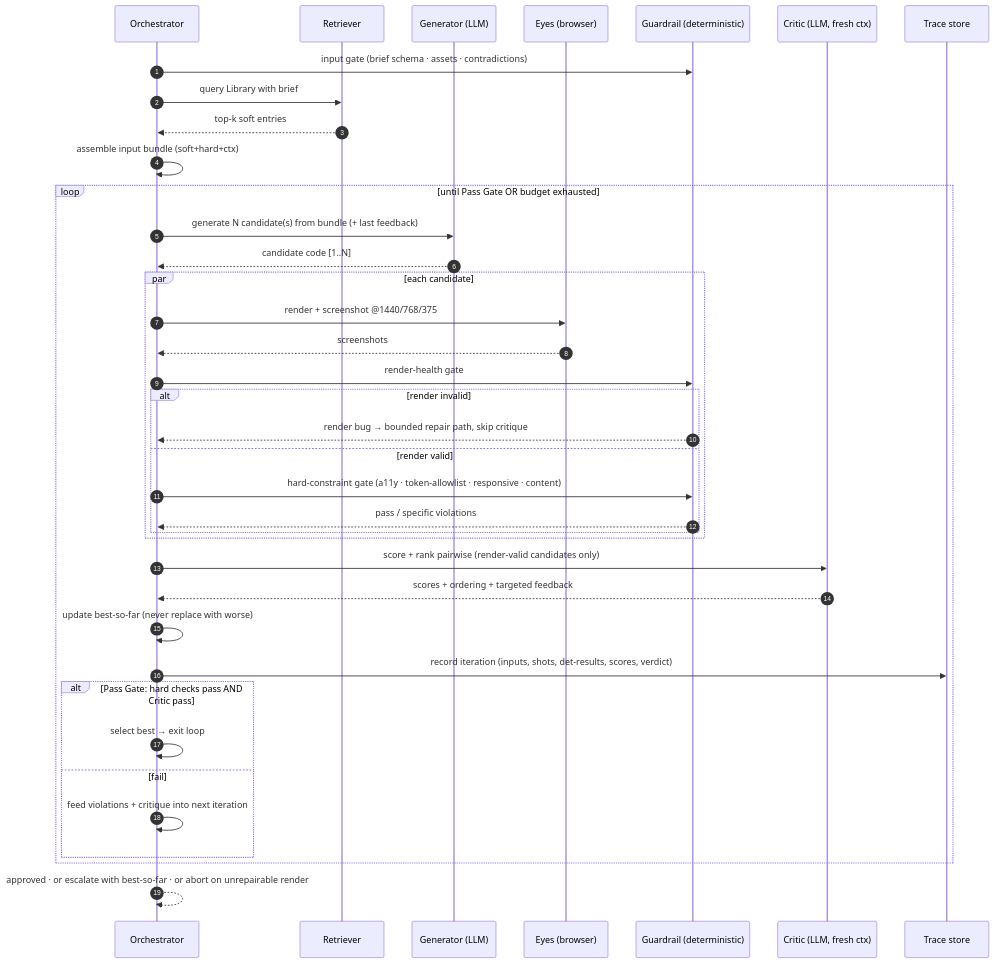
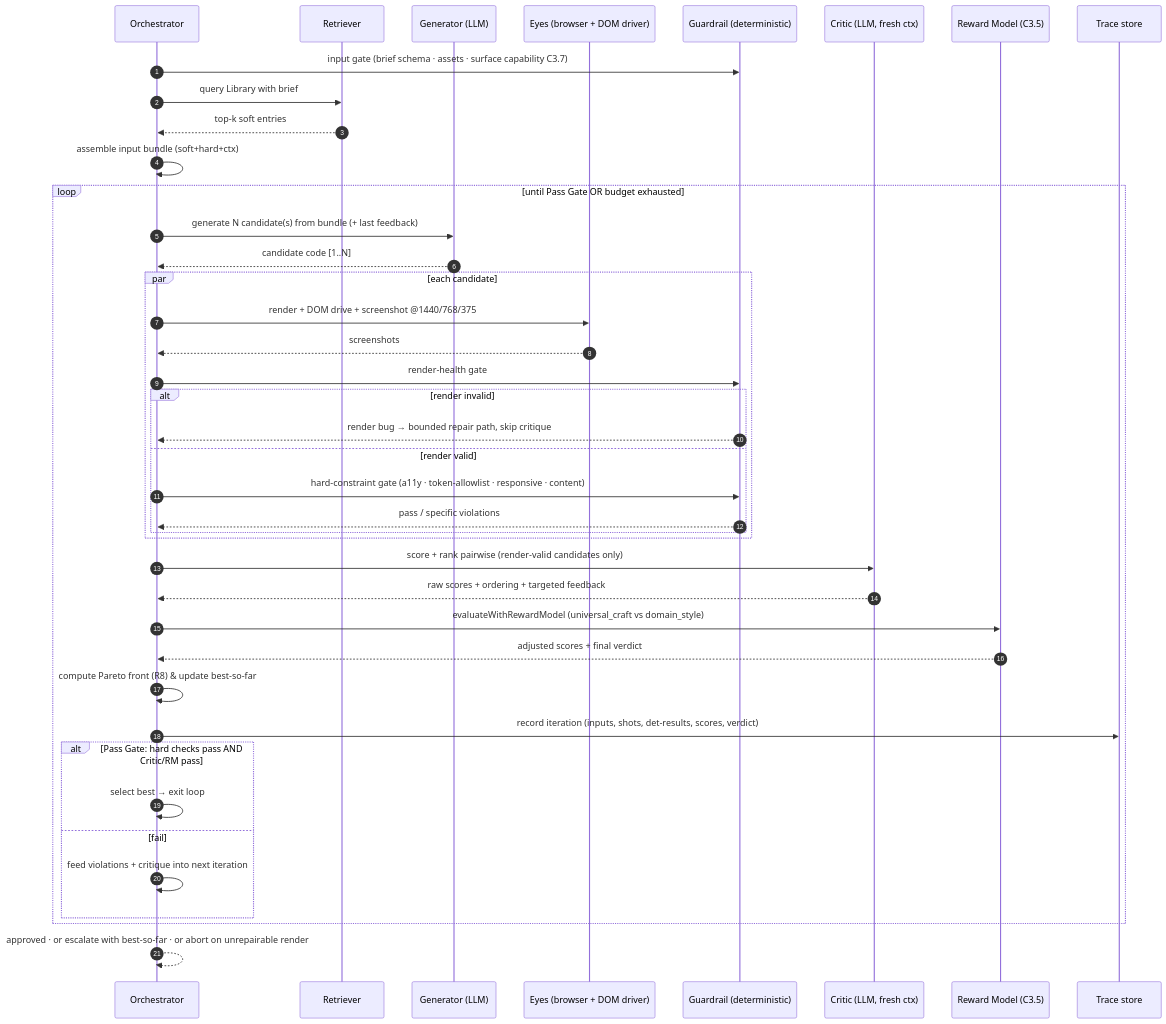
The first of 2 diagrams in future-pipeline/autonomous-design-engine/spec/05-generation-loop.md (dev8xofficial/TroopHunter), drawn with Mermaid before and after one commit. The commit also changed other lines of this file and 139 other files, not shown here.

````diff
--- a/future-pipeline/autonomous-design-engine/spec/05-generation-loop.md
+++ b/future-pipeline/autonomous-design-engine/spec/05-generation-loop.md
@@ -36,43 +36,46 @@
 ```mermaid
 sequenceDiagram
     autonumber
     participant O as Orchestrator
     participant R as Retriever
     participant G as Generator (LLM)
-    participant E as Eyes (browser)
+    participant E as Eyes (browser + DOM driver)
     participant V as Guardrail (deterministic)
     participant C as Critic (LLM, fresh ctx)
+    participant RM as Reward Model (C3.5)
     participant T as Trace store
 
-    O->>V: input gate (brief schema · assets · contradictions)
+    O->>V: input gate (brief schema · assets · surface capability C3.7)
     O->>R: query Library with brief
     R-->>O: top-k soft entries
     O->>O: assemble input bundle (soft+hard+ctx)
 
     loop until Pass Gate OR budget exhausted
         O->>G: generate N candidate(s) from bundle (+ last feedback)
         G-->>O: candidate code [1..N]
         par each candidate
-            O->>E: render + screenshot @1440/768/375
+            O->>E: render + DOM drive + screenshot @1440/768/375
             E-->>O: screenshots
             O->>V: render-health gate
             alt render invalid
                 V-->>O: render bug → bounded repair path, skip critique
             else render valid
                 O->>V: hard-constraint gate (a11y · token-allowlist · responsive · content)
                 V-->>O: pass / specific violations
             end
         end
         O->>C: score + rank pairwise (render-valid candidates only)
-        C-->>O: scores + ordering + targeted feedback
-        O->>O: update best-so-far (never replace with worse)
+        C-->>O: raw scores + ordering + targeted feedback
+        O->>RM: evaluateWithRewardModel (universal_craft vs domain_style)
+        RM-->>O: adjusted scores + final verdict
+        O->>O: compute Pareto front (R8) & update best-so-far
         O->>T: record iteration (inputs, shots, det-results, scores, verdict)
-        alt Pass Gate: hard checks pass AND Critic pass
+        alt Pass Gate: hard checks pass AND Critic/RM pass
             O->>O: select best → exit loop
         else fail
             O->>O: feed violations + critique into next iteration
         end
     end
 
     O-->>O: approved · or escalate with best-so-far · or abort on unrepairable render
 ```
````
